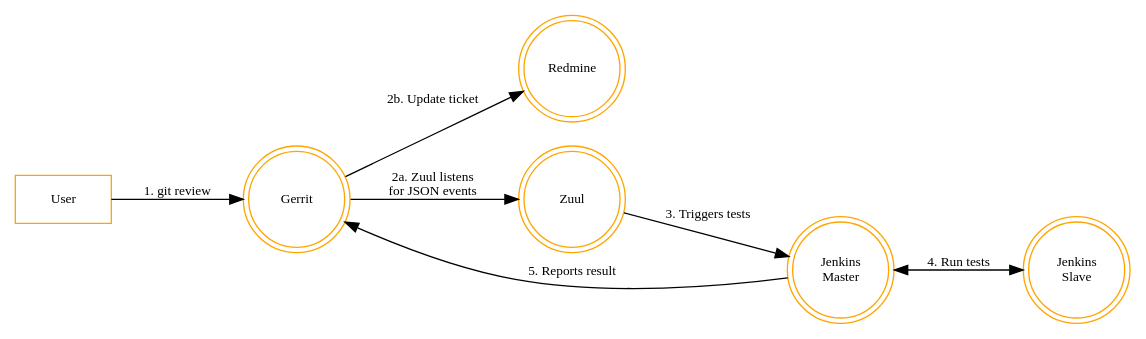
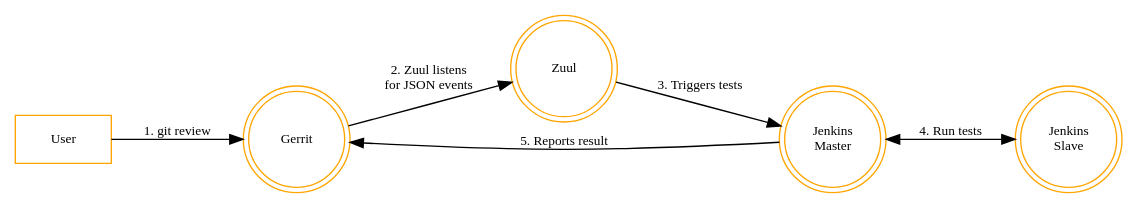
One commit to redhat-cip/software-factory changed the diagram in docs/test_workflow.dot. Above: the diagram before and after it, drawn with Graphviz. The commit also changed 25 other files, not shown here.

```diff
--- a/docs/test_workflow.dot
+++ b/docs/test_workflow.dot
@@ -1,19 +1,17 @@
 digraph {
     node [shape=doublecircle,fontsize=10,width=1.0,color=orange];
     edge [fontsize=10];
     rankdir=LR;
 
     "Gerrit";
-    "Redmine";
     "Zuul";
     "master" [label="Jenkins\nMaster"];
     "slave" [label="Jenkins\nSlave"];
     "User" [shape="box"];
 
     "User" -> "Gerrit" [label="1. git review"];
-    "Gerrit" -> "Zuul" [label="2a. Zuul listens\nfor JSON events"];
-    "Gerrit" -> "Redmine" [label="2b. Update ticket"];
+    "Gerrit" -> "Zuul" [label="2. Zuul listens\nfor JSON events"];
     "Zuul" -> "master" [label="3. Triggers tests"];
     "master" -> "Gerrit" [label="5. Reports result"];
     "master" -> "slave" [label="4. Run tests" dir=both];
 }
```
